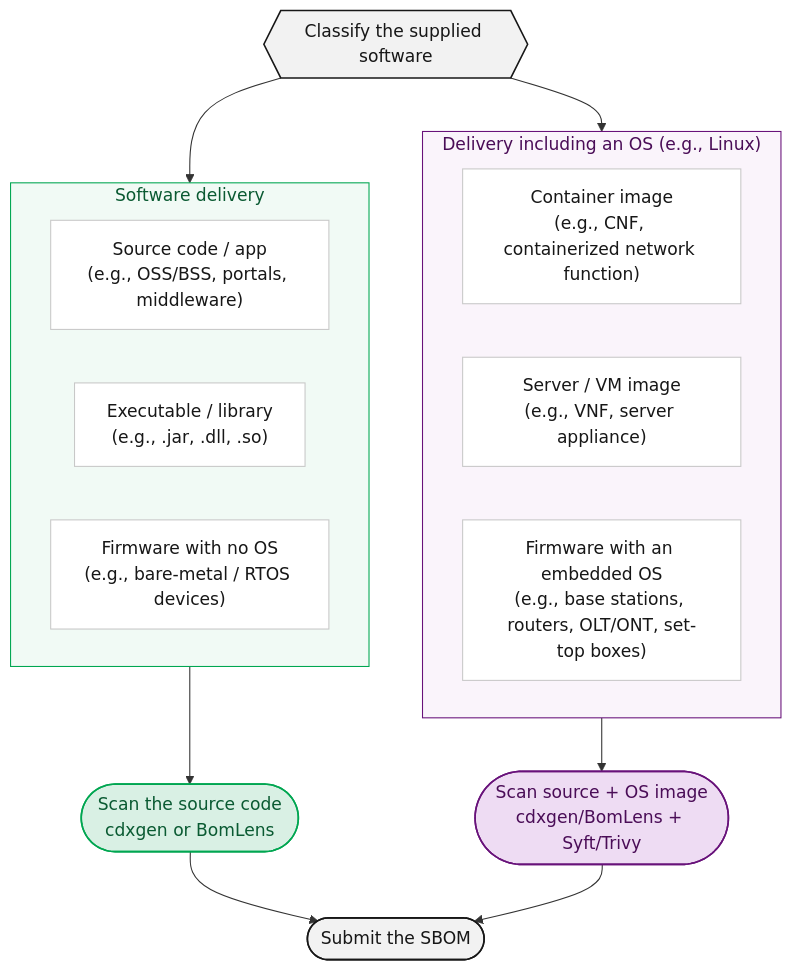
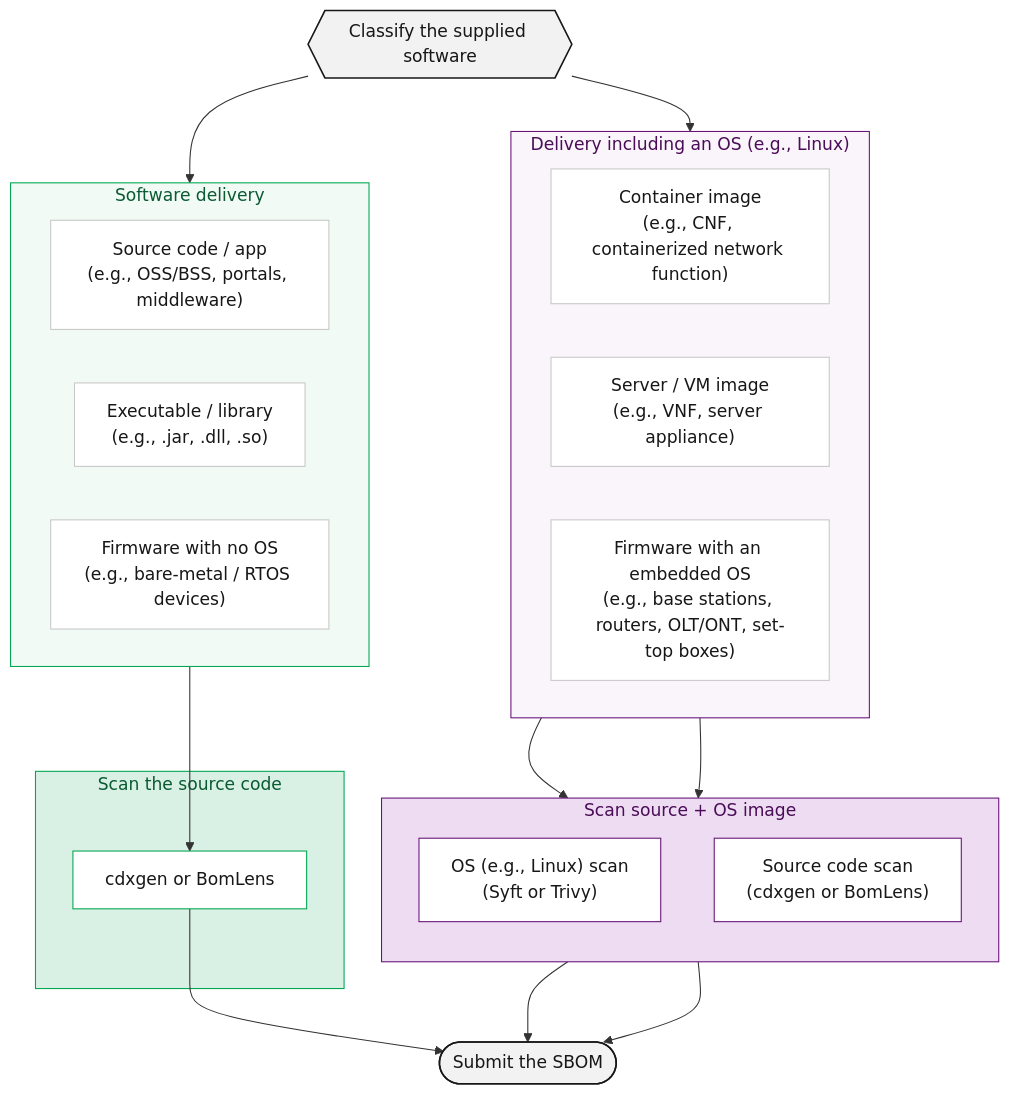
One commit to sktelecom/sktelecom.github.io changed the diagram in content/en/guide/supply-chain/for-suppliers/creation-guide/_index.md. Above: the diagram before and after it, drawn with Mermaid. The commit also changed 1 other file, not shown here.

Commit message:
style(supply-chain): separate scan target and tool in the selection diagram
Turn the two result nodes into subgraphs: the group title states what
to scan and the inner white boxes name the tools, so the target/tool
pairing is explicit. Mirror the same structure in the English page.

````diff
--- a/content/en/guide/supply-chain/for-suppliers/creation-guide/_index.md
+++ b/content/en/guide/supply-chain/for-suppliers/creation-guide/_index.md
@@ -14,40 +14,67 @@
 ```mermaid
 graph TD
     A{{"Classify the supplied software"}}
 
     subgraph G1["Software delivery"]
       direction LR
       T1["Source code / app<br>(e.g., OSS/BSS, portals, middleware)"]
       T2["Executable / library<br>(e.g., .jar, .dll, .so)"]
       T3["Firmware with no OS<br>(e.g., bare-metal / RTOS devices)"]
     end
 
     subgraph G2["Delivery including an OS (e.g., Linux)"]
       direction LR
       T4["Container image<br>(e.g., CNF, containerized network function)"]
       T5["Server / VM image<br>(e.g., VNF, server appliance)"]
       T6["Firmware with an embedded OS<br>(e.g., base stations, routers, OLT/ONT, set-top boxes)"]
     end
 
+    %% Left: source-code scan with an inner box
+    subgraph M1["Scan the source code"]
+      M1_Sub["cdxgen or BomLens"]
+    end
+
+    %% Right: source + OS image scan with inner boxes (stacked vertically)
+    subgraph M2["Scan source + OS image"]
+      direction TB
+      M2_Top["OS (e.g., Linux) scan<br>(Syft or Trivy)"]
+      M2_Bottom["Source code scan<br>(cdxgen or BomLens)"]
+    end
+
     A --> G1
     A --> G2
-    G1 --> M1(["Scan the source code<br>cdxgen or BomLens"])
-    G2 --> M2(["Scan source + OS image<br>cdxgen/BomLens + Syft/Trivy"])
-    M1 --> P(["Submit the SBOM"])
-    M2 --> P
+    
+    %% Connect each group to its inner boxes
+    G1 --> M1_Sub
+    
+    %% G2 feeds both inner boxes on the right
+    G2 --> M2_Top
+    G2 --> M2_Bottom
+    
+    %% Inner boxes flow to the next step
+    M1_Sub --> P(["Submit the SBOM"])
+    M2_Top --> P
+    M2_Bottom --> P
 
     classDef start fill:#F2F2F2,stroke:#171717,color:#171717,stroke-width:1.5px
     classDef typebox fill:#ffffff,stroke:#c8c8c8,color:#171717,stroke-width:1px
-    classDef source fill:#D9F0E4,stroke:#00A651,color:#0A5A32,stroke-width:1.5px
-    classDef osmerge fill:#EEDCF3,stroke:#68127A,color:#4A0D57,stroke-width:1.5px
     classDef submit fill:#F2F2F2,stroke:#171717,color:#171717,stroke-width:1.5px
+    
+    %% White inner-box styles (left/right border colors)
+    classDef subwhite_left fill:#ffffff,stroke:#00A651,color:#171717,stroke-width:1px
+    classDef subwhite_right fill:#ffffff,stroke:#68127A,color:#171717,stroke-width:1px
 
     class A start
     class T1,T2,T3,T4,T5,T6 typebox
-    class M1 source
-    class M2 osmerge
+    class M1_Sub subwhite_left
+    class M2_Top,M2_Bottom subwhite_right
     class P submit
 
     style G1 fill:#F1FAF5,stroke:#00A651,stroke-width:1px,color:#0A5A32
     style G2 fill:#FAF4FB,stroke:#68127A,stroke-width:1px,color:#4A0D57
+    
+    %% Outer group boxes keep their fill and border colors
+    style M1 fill:#D9F0E4,stroke:#00A651,stroke-width:1px,color:#0A5A32
+    style M2 fill:#EEDCF3,stroke:#68127A,stroke-width:1px,color:#4A0D57
+
 ```
````
